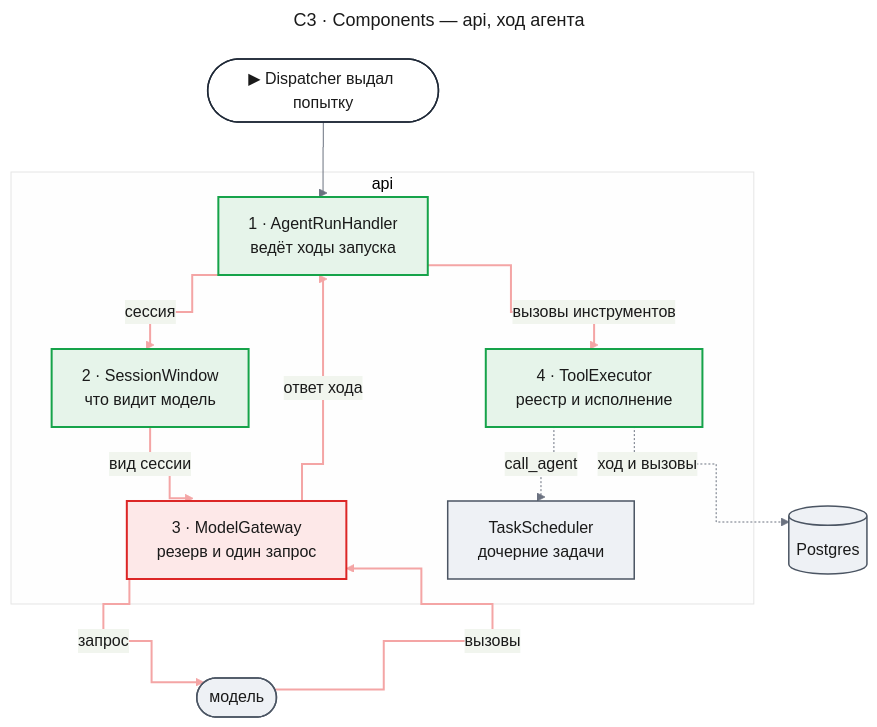
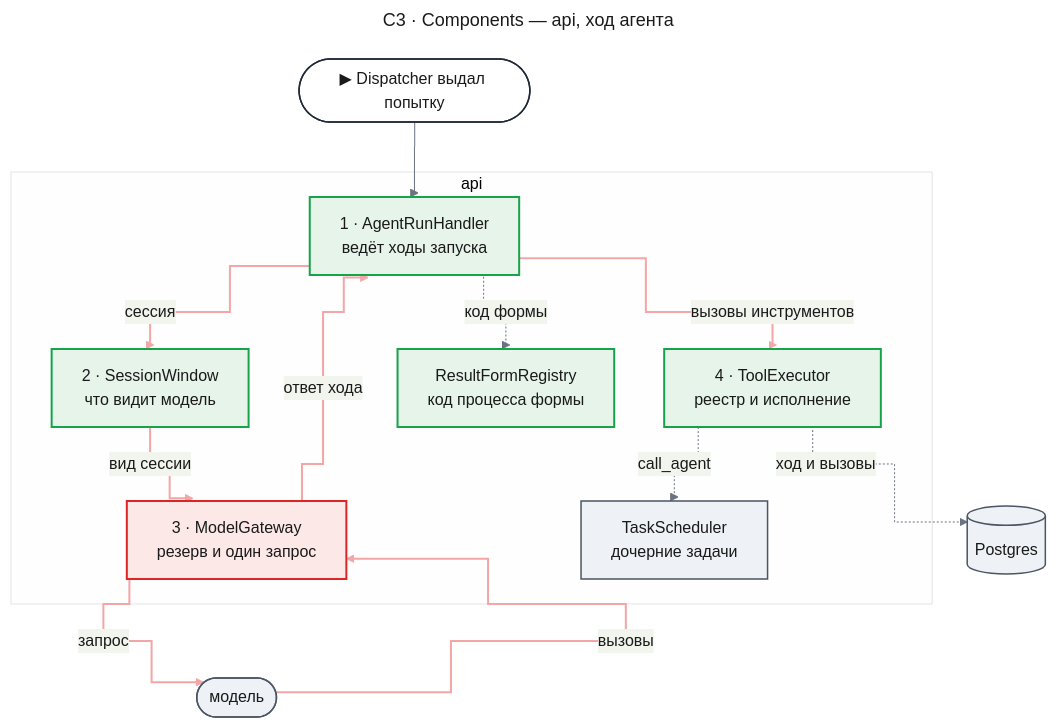
The second of 11 diagrams in docs/features/agent-runtime/design-agent-core.md (tundraray/agent-os), drawn with Mermaid before and after one commit. The commit also changed other lines of this file and 8 other files, not shown here.

First line of the commit message:
docs: approve agent-runtime designs (agent-core 1.6, research-flow 1.3), accept ADR-0010

````diff
--- a/docs/features/agent-runtime/design-agent-core.md
+++ b/docs/features/agent-runtime/design-agent-core.md
@@ -270,57 +290,59 @@
 ```mermaid
 ---
 title: "C3 · Components — api, ход агента"
 config:
   theme: base
   look: classic
   themeVariables:
     primaryColor: "#eef1f5"
     primaryBorderColor: "#4b5563"
     primaryTextColor: "#1a1a1a"
     lineColor: "#6b7280"
   flowchart:
     curve: step
   themeCSS: |
     @keyframes lit_ac3{0%,15%{stroke:#991b1b;stroke-width:6px}16.7%,100%{stroke:#f4a5a5;stroke-width:2px}}
 ---
 flowchart TB
     entry(["▶ Dispatcher выдал попытку"])
     subgraph api["api"]
         h["1 · AgentRunHandler<br/>ведёт ходы запуска"]
         w["2 · SessionWindow<br/>что видит модель"]
         g["3 · ModelGateway<br/>резерв и один запрос"]
         x["4 · ToolExecutor<br/>реестр и исполнение"]
         s["TaskScheduler<br/>дочерние задачи"]
+        f["ResultFormRegistry<br/>код процесса формы"]
     end
     model(["модель"])
     db[("Postgres")]
     entry --> h
+    h -.->|"код формы"| f
     h e1@-->|"сессия"| w
     w e2@-->|"вид сессии"| g
     g e3@-->|"запрос"| model
     model e4@-->|"вызовы"| g
     g e5@-->|"ответ хода"| h
     h e6@-->|"вызовы инструментов"| x
     x -.->|"call_agent"| s
     x -.->|"ход и вызовы"| db
     classDef entry fill:#ffffff,stroke:#1f2937,stroke-width:1.5px,color:#1a1a1a
     classDef new fill:#e6f4ea,stroke:#16a34a,stroke-width:2px,color:#1a1a1a
     classDef changed fill:#fde8e8,stroke:#dc2626,stroke-width:2px,color:#1a1a1a
     classDef unchanged fill:#eef1f5,stroke:#4b5563,stroke-width:1.5px,color:#1a1a1a
     classDef w1 stroke:#f4a5a5,stroke-width:2px,animation:lit_ac3 7.2s linear 0s infinite
     classDef w2 stroke:#f4a5a5,stroke-width:2px,animation:lit_ac3 7.2s linear 1.2s infinite
     classDef w3 stroke:#f4a5a5,stroke-width:2px,animation:lit_ac3 7.2s linear 2.4s infinite
     classDef w4 stroke:#f4a5a5,stroke-width:2px,animation:lit_ac3 7.2s linear 3.6s infinite
     classDef w5 stroke:#f4a5a5,stroke-width:2px,animation:lit_ac3 7.2s linear 4.8s infinite
     classDef w6 stroke:#f4a5a5,stroke-width:2px,animation:lit_ac3 7.2s linear 6s infinite
     class entry entry
-    class h,w,x new
+    class h,w,x,f new
     class g changed
     class s,db,model unchanged
     class e1 w1
     class e2 w2
     class e3 w3
     class e4 w4
     class e5 w5
     class e6 w6
 ```
````
